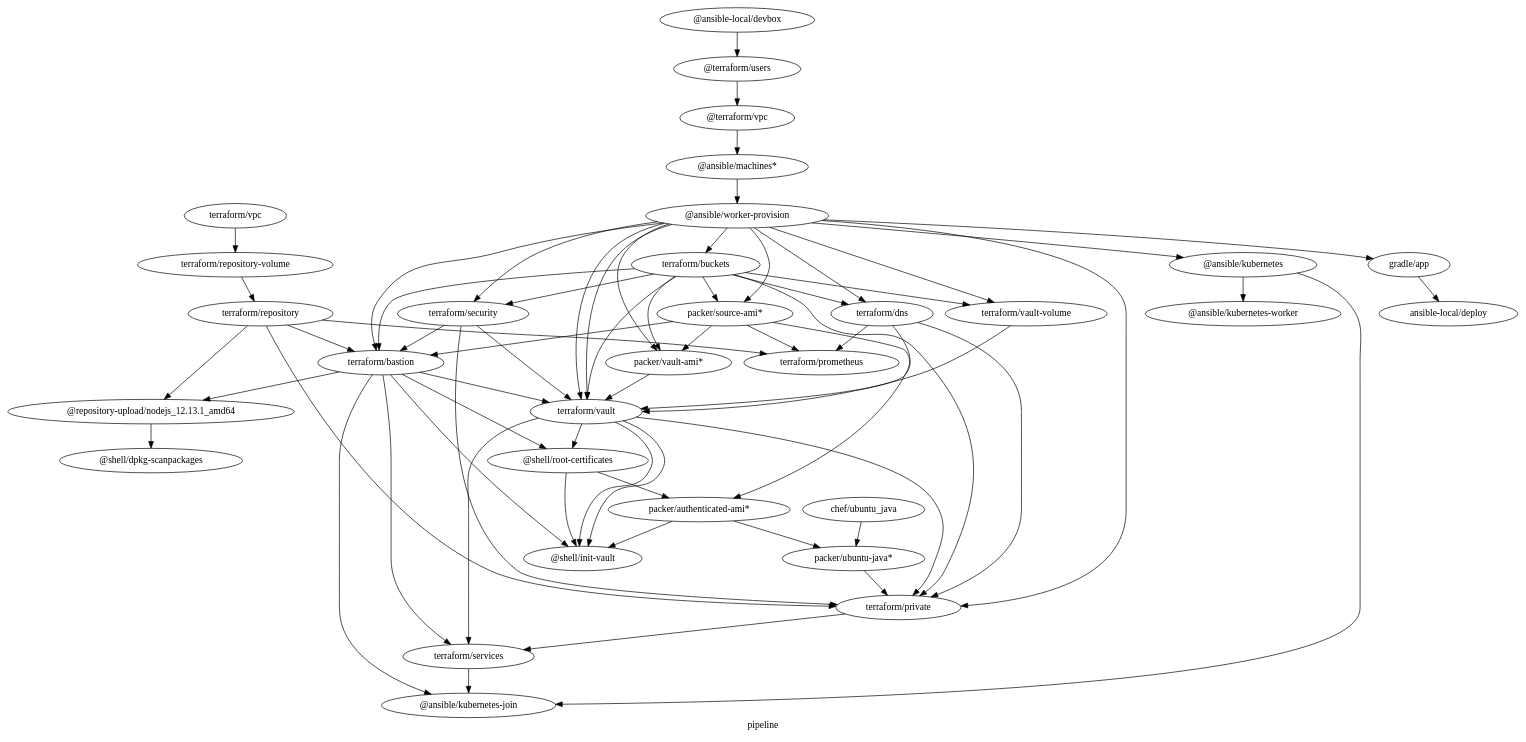
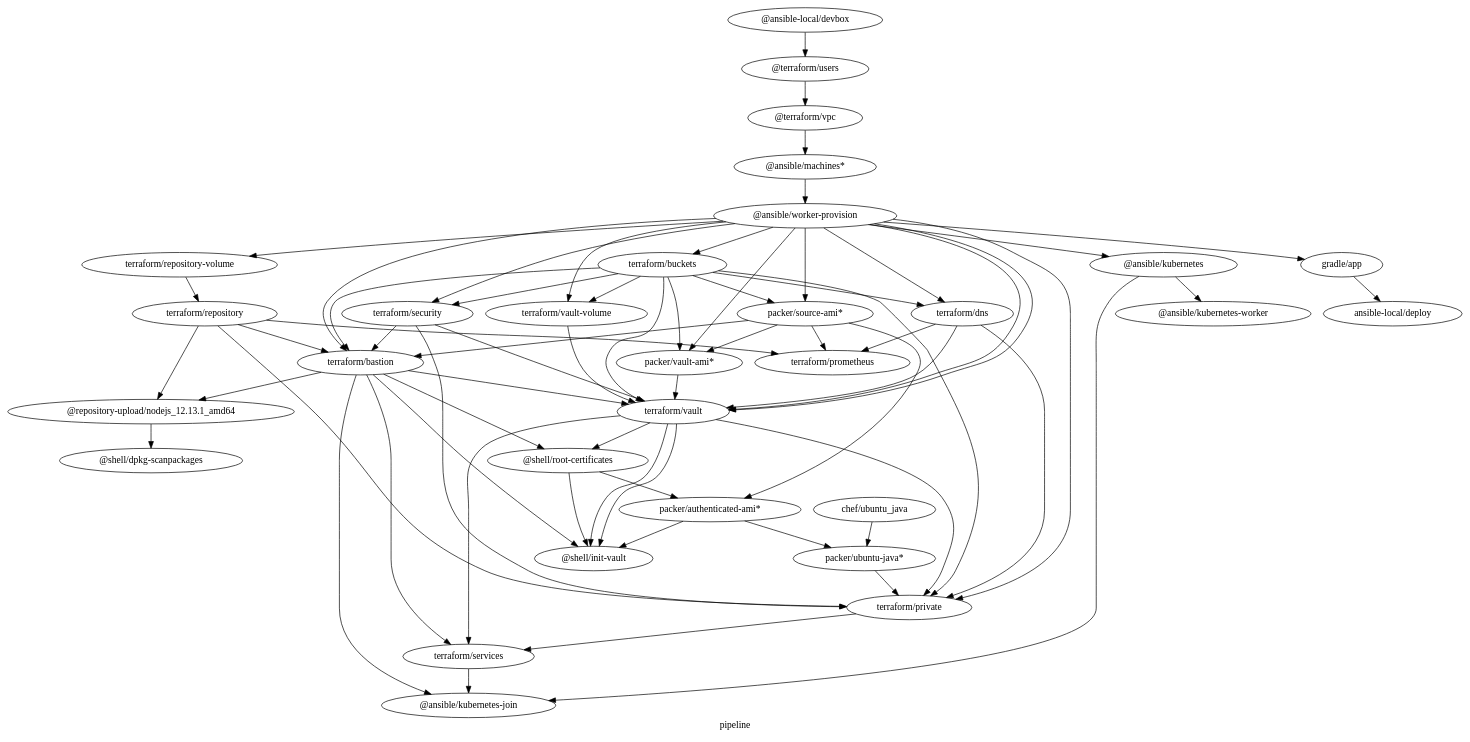
Before and after one commit to samsquire/mazzle-starter: the diagram in architecture.dot, drawn with Graphviz. The commit also changed 1 other file, not shown here.

Commit message:
Sam fix architecture depending on remote workers before available

```diff
--- a/architecture.dot
+++ b/architecture.dot
@@ -1,101 +1,101 @@
 digraph G {
   label="pipeline";
   rankdir=TB;
 
 
 
 "packer/source-ami*" -> { "terraform/bastion";
                           "packer/vault-ami*"
                         }
 
 "terraform/bastion" -> "@repository-upload/nodejs_12.13.1_amd64"
 "terraform/repository" -> "@repository-upload/nodejs_12.13.1_amd64"
 
 "@repository-upload/nodejs_12.13.1_amd64" -> "@shell/dpkg-scanpackages"
 
 "terraform/bastion" -> "@ansible/kubernetes-join";
 "terraform/services" -> "@ansible/kubernetes-join";
 "@ansible/kubernetes" -> "@ansible/kubernetes-join";
 
-"terraform/vpc" -> "terraform/repository-volume" -> "terraform/repository";
+"@ansible/worker-provision" -> "terraform/repository-volume" -> "terraform/repository";
 
 "terraform/repository" -> {
   "terraform/bastion";
   "terraform/private";
   "terraform/prometheus";
 }
 
 "gradle/app" -> "ansible-local/deploy";
 "@ansible/kubernetes" -> "@ansible/kubernetes-worker";
 "@ansible/worker-provision" -> {
   "gradle/app";
   "@ansible/kubernetes";
   "terraform/buckets";
   "terraform/vault";
   "terraform/dns";
   "terraform/bastion";
   "terraform/vault-volume";
   "packer/source-ami*";
   "terraform/security";
   "terraform/private";
   "packer/vault-ami*"
 }
 
 "terraform/buckets" -> {
   "terraform/vault";
   "terraform/dns";
   "terraform/bastion";
   "terraform/vault-volume";
   "packer/source-ami*";
   "terraform/security";
   "terraform/private";
   "packer/vault-ami*"
 }
 
 "packer/vault-ami*" -> "terraform/vault"
 
 "@terraform/vpc" -> "@ansible/machines*" -> "@ansible/worker-provision"
 
 "terraform/vault" -> "terraform/private";
 
 { "terraform/vault";
 "terraform/bastion";
 "terraform/private"; } -> "terraform/services";
 
 "terraform/vault-volume" -> "terraform/vault";
 
  "terraform/dns" -> "terraform/private";
  "terraform/dns" -> "terraform/vault";
 
 "terraform/security" -> "terraform/vault"
 "@ansible/worker-provision" -> "terraform/vault";
 
 "terraform/security" -> "terraform/bastion";
 "terraform/security" -> "terraform/private";
 
 "chef/ubuntu_java" -> "packer/ubuntu-java*";
 
 "@ansible-local/devbox" -> "@terraform/users" -> "@terraform/vpc";
 
 "terraform/bastion" -> "@shell/root-certificates";
 
 "terraform/vault" -> "@shell/root-certificates";
 "terraform/bastion" -> "terraform/vault";
 
 "terraform/bastion" -> "@shell/init-vault";
 "terraform/vault" -> "@shell/init-vault";
 
 "@shell/root-certificates" -> "packer/authenticated-ami*";
 
 "packer/ubuntu-java*" -> "terraform/private";
 
 "packer/source-ami*" -> "packer/authenticated-ami*";
 "packer/authenticated-ami*" -> "packer/ubuntu-java*";
 "packer/authenticated-ami*" -> "@shell/init-vault";
 "@shell/root-certificates" -> "@shell/init-vault";
 
 "terraform/vault" -> "@shell/init-vault";
 
  "terraform/dns" -> "terraform/prometheus";
  "packer/source-ami*" -> "terraform/prometheus";
 }
```
